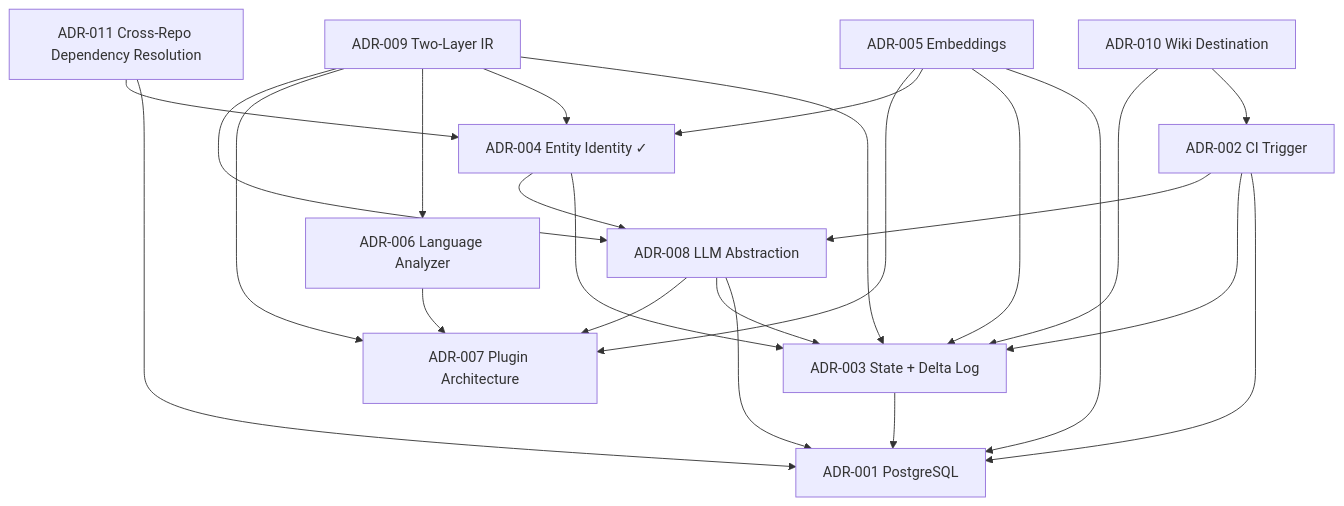
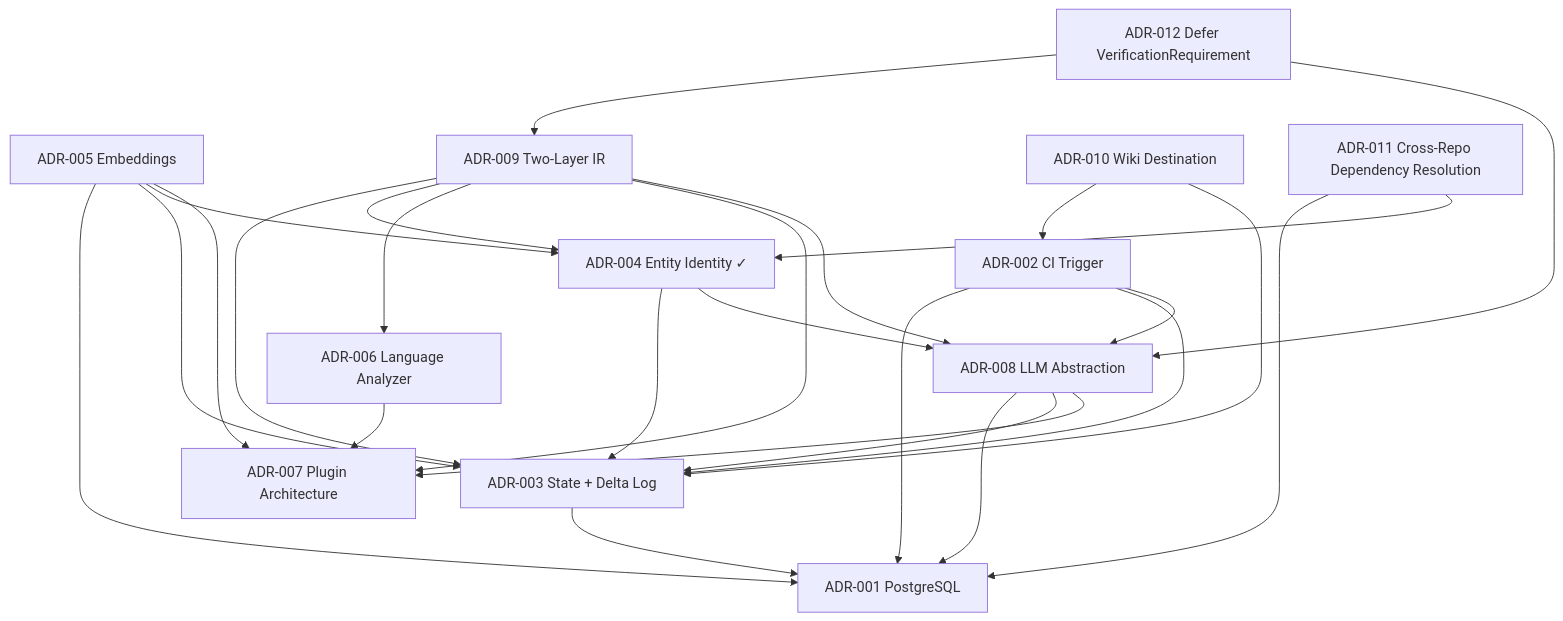
One commit to kushal-omnius/open-knowledge-compiler changed the diagram in docs/decisions/index.md. Above: the diagram before and after it, drawn with Mermaid. The commit also changed other lines of this file and 14 other files, not shown here.

````diff
--- a/docs/decisions/index.md
+++ b/docs/decisions/index.md
@@ -99,26 +107,28 @@
 ```mermaid
 graph TD
     ADR002["ADR-002 CI Trigger"] --> ADR001["ADR-001 PostgreSQL"]
     ADR002 --> ADR003["ADR-003 State + Delta Log"]
     ADR002 --> ADR008["ADR-008 LLM Abstraction"]
     ADR003 --> ADR001
     ADR004["ADR-004 Entity Identity ✓"] --> ADR003
     ADR004 --> ADR008
     ADR005["ADR-005 Embeddings"] --> ADR001
     ADR005 --> ADR003
     ADR005 --> ADR004
     ADR005 --> ADR007["ADR-007 Plugin Architecture"]
     ADR006["ADR-006 Language Analyzer"] --> ADR007
     ADR008 --> ADR001
     ADR008 --> ADR003
     ADR008 --> ADR007
     ADR009["ADR-009 Two-Layer IR"] --> ADR003
     ADR009 --> ADR004
     ADR009 --> ADR006
     ADR009 --> ADR007
     ADR009 --> ADR008
     ADR010["ADR-010 Wiki Destination"] --> ADR002
     ADR010 --> ADR003
     ADR011["ADR-011 Cross-Repo Dependency Resolution"] --> ADR001
     ADR011 --> ADR004
+    ADR012["ADR-012 Defer VerificationRequirement"] --> ADR009
+    ADR012 --> ADR008
 ```
````
